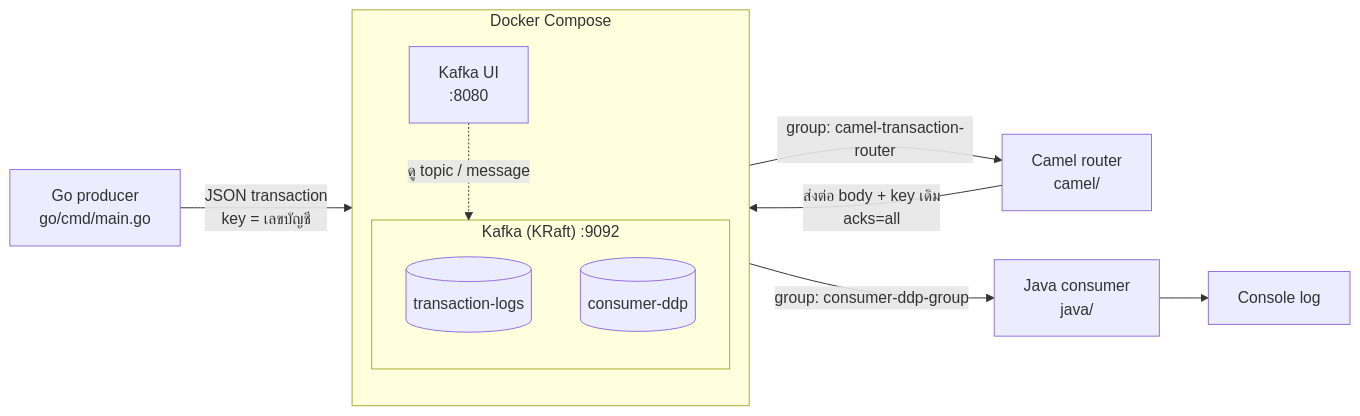
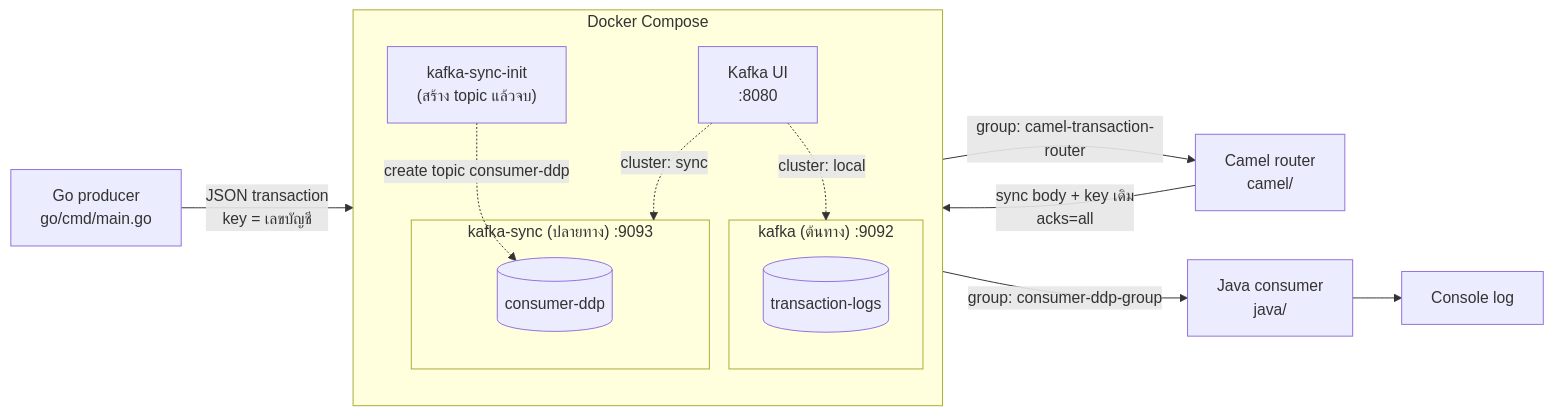
One commit to yuttasakcom/camel-sample changed the first of 2 diagrams in README.md. Above: the diagram before and after it, drawn with Mermaid. The commit also changed other lines of this file and 6 other files, not shown here.

First line of the commit message:
feat: sync to kafka-sync cluster and graceful shutdown

````diff
--- a/README.md
+++ b/README.md
@@ -11,18 +11,23 @@
 ```mermaid
 flowchart LR
     subgraph Docker["Docker Compose"]
         direction TB
-        subgraph Kafka["Kafka (KRaft) :9092"]
+        subgraph Kafka["kafka (ต้นทาง) :9092"]
             T1[("transaction-logs")]
+        end
+        subgraph KafkaSync["kafka-sync (ปลายทาง) :9093"]
             T2[("consumer-ddp")]
         end
+        INIT["kafka-sync-init<br/>(สร้าง topic แล้วจบ)"]
         UI["Kafka UI<br/>:8080"]
     end
 
     GO["Go producer<br/>go/cmd/main.go"] -- "JSON transaction<br/>key = เลขบัญชี" --> T1
     T1 -- "group: camel-transaction-router" --> CAMEL["Camel router<br/>camel/"]
-    CAMEL -- "ส่งต่อ body + key เดิม<br/>acks=all" --> T2
+    CAMEL -- "sync body + key เดิม<br/>acks=all" --> T2
     T2 -- "group: consumer-ddp-group" --> JAVA["Java consumer<br/>java/"]
     JAVA --> LOG["Console log"]
-    UI -. "ดู topic / message" .-> Kafka
+    INIT -. "create topic consumer-ddp" .-> T2
+    UI -. "cluster: local" .-> Kafka
+    UI -. "cluster: sync" .-> KafkaSync
 ```
````
